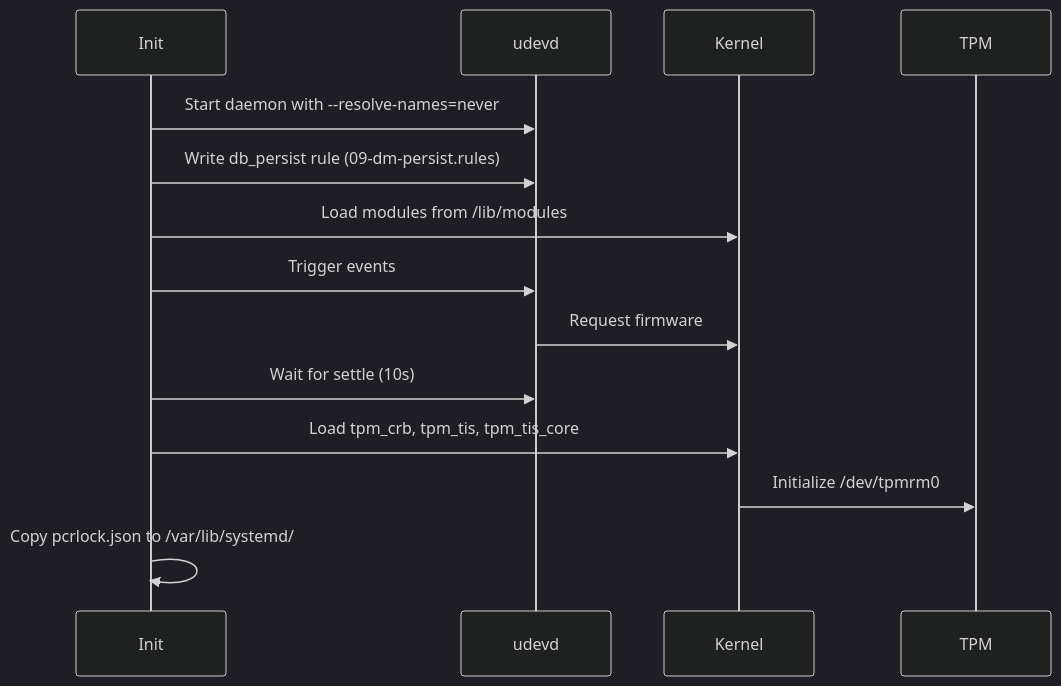
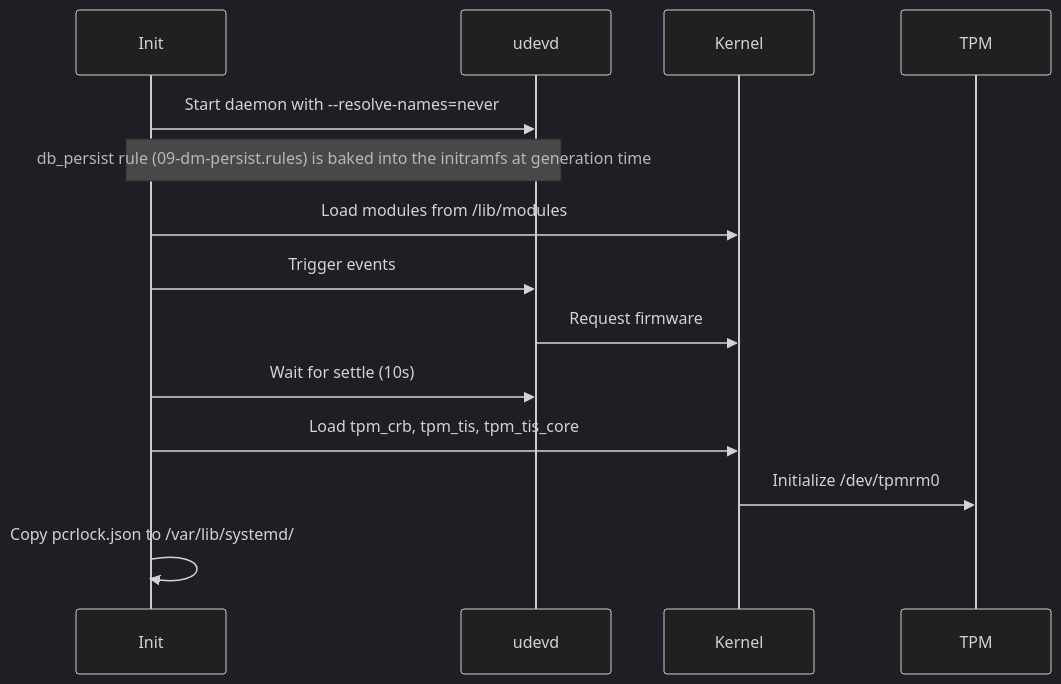
One commit to zaolin/vanguard changed the fourth of 11 diagrams in docs/boot-flow.md. Above: the diagram before and after it, drawn with Mermaid (dark theme). The commit also changed other lines of this file and 77 other files, not shown here.

````diff
--- a/docs/boot-flow.md
+++ b/docs/boot-flow.md
@@ -113,17 +113,17 @@
 ```mermaid
 sequenceDiagram
     participant Init
     participant udevd
     participant Kernel
     participant TPM
 
     Init->>udevd: Start daemon with --resolve-names=never
-    Init->>udevd: Write db_persist rule (09-dm-persist.rules)
+    Note over Init,udevd: db_persist rule (09-dm-persist.rules) is baked into the initramfs at generation time
     Init->>Kernel: Load modules from /lib/modules
     Init->>udevd: Trigger events
     udevd->>Kernel: Request firmware
     Init->>udevd: Wait for settle (10s)
     Init->>Kernel: Load tpm_crb, tpm_tis, tpm_tis_core
     Kernel->>TPM: Initialize /dev/tpmrm0
     Init->>Init: Copy pcrlock.json to /var/lib/systemd/
 ```
````
